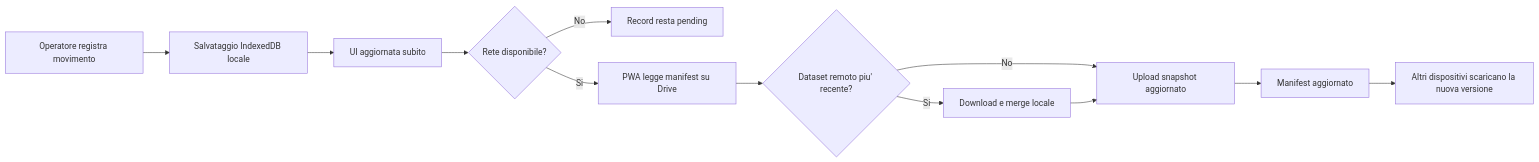
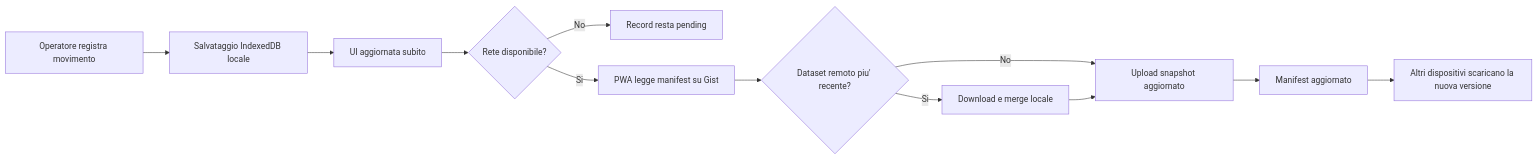
One commit to vgrazian/MediTrace changed the diagram in docs/ui-wireframes.md. Above: the diagram before and after it, drawn with Mermaid. The commit also changed 3 other files, not shown here.

````diff
--- a/docs/ui-wireframes.md
+++ b/docs/ui-wireframes.md
@@ -62,14 +62,14 @@
 ```mermaid
 flowchart LR
     A[Operatore registra movimento] --> B[Salvataggio IndexedDB locale]
     B --> C[UI aggiornata subito]
     C --> D{Rete disponibile?}
     D -- No --> E[Record resta pending]
-    D -- Si --> F[PWA legge manifest su Drive]
+    D -- Si --> F[PWA legge manifest su Gist]
     F --> G{Dataset remoto piu' recente?}
     G -- Si --> H[Download e merge locale]
     G -- No --> I[Upload snapshot aggiornato]
     H --> I
     I --> J[Manifest aggiornato]
     J --> K[Altri dispositivi scaricano la nuova versione]
 ```
````
